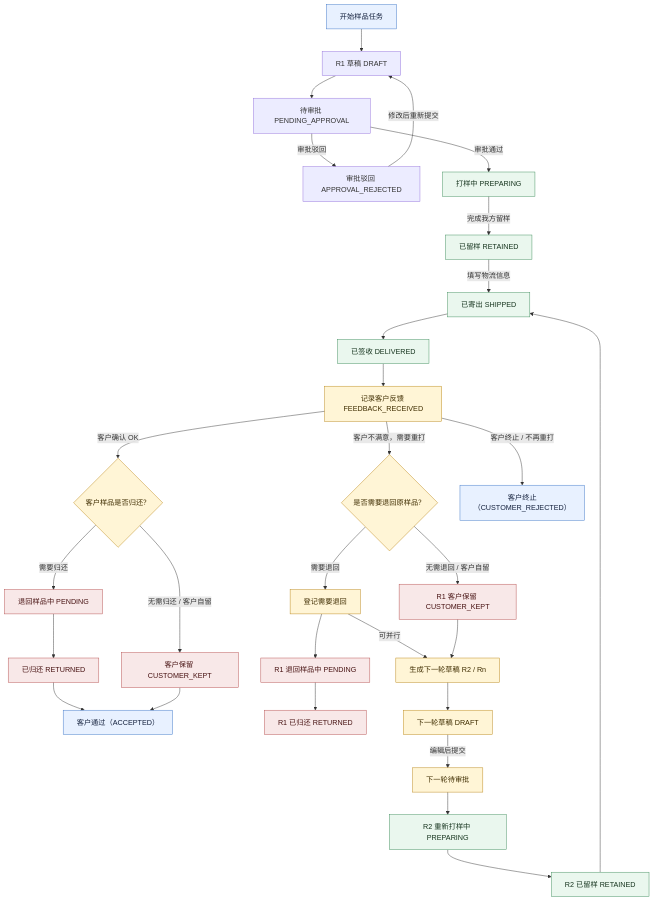
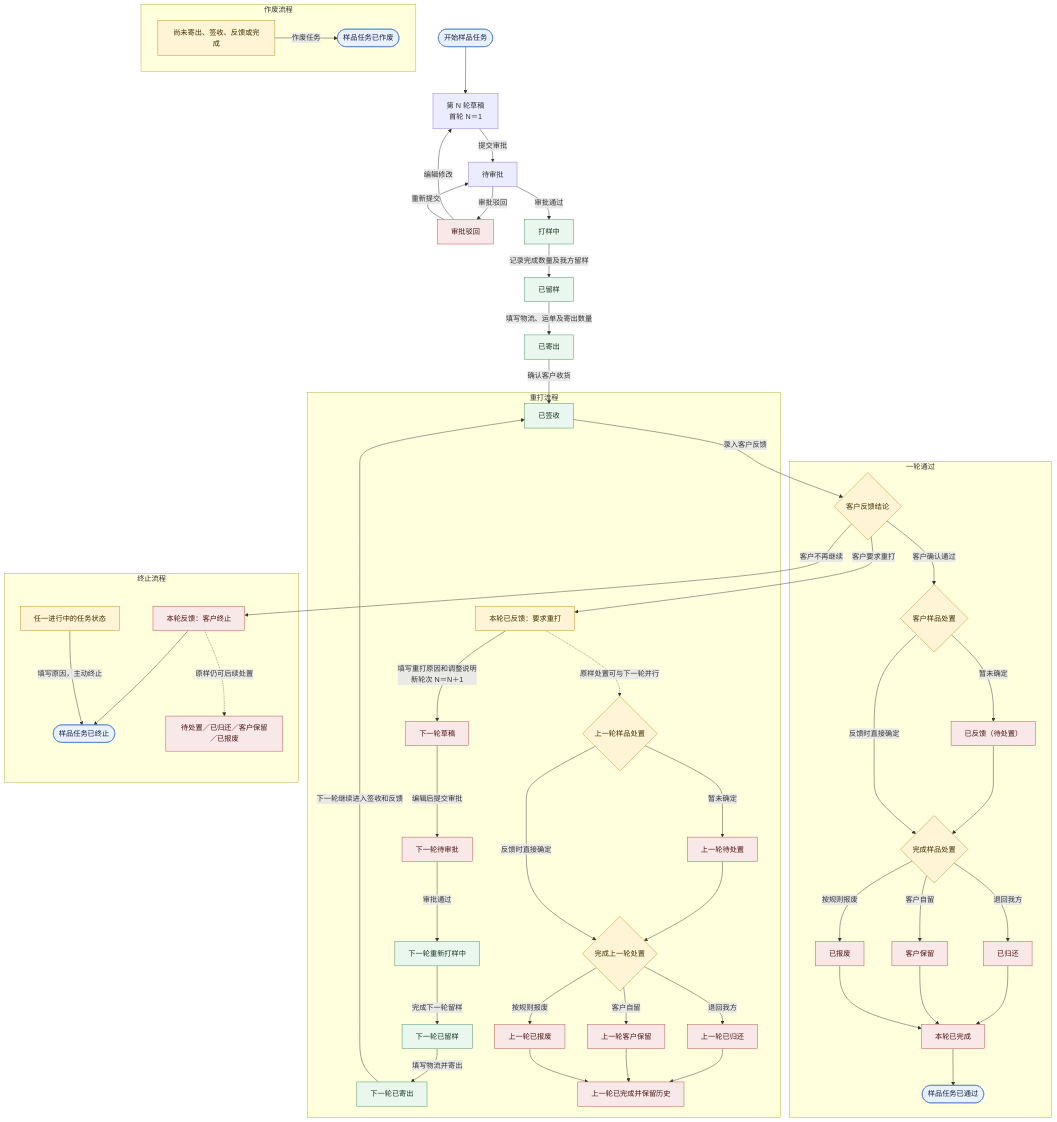
Before and after one commit to yueweiit/CRMforOEM: the diagram in docs/样品多轮打样与费用统计方案.md, drawn with Mermaid. The commit also changed other lines of this file and 8 other files, not shown here.

````diff
--- a/docs/样品多轮打样与费用统计方案.md
+++ b/docs/样品多轮打样与费用统计方案.md
@@ -158,43 +158,68 @@
 ```mermaid
 flowchart TD
-    START["开始样品任务"] --> DRAFT["R1 草稿 DRAFT"]
-    DRAFT --> APPROVAL["待审批 PENDING_APPROVAL"]
-    APPROVAL -->|"审批驳回"| REJECTED["审批驳回 APPROVAL_REJECTED"]
-    REJECTED -->|"修改后重新提交"| DRAFT
-    APPROVAL -->|"审批通过"| PREP["打样中 PREPARING"]
-    PREP -->|"完成我方留样"| RETAIN["已留样 RETAINED"]
-    RETAIN -->|"填写物流信息"| SHIPPED["已寄出 SHIPPED"]
-    SHIPPED --> DELIVERED["已签收 DELIVERED"]
-    DELIVERED --> FEEDBACK["记录客户反馈 FEEDBACK_RECEIVED"]
+    START(["开始样品任务"]) --> DRAFT["第 N 轮草稿<br/>首轮 N＝1"]
+    DRAFT -->|"提交审批"| APPROVAL["待审批"]
+    APPROVAL -->|"审批驳回"| REJECTED["审批驳回"]
+    REJECTED -->|"编辑修改"| DRAFT
+    REJECTED -->|"重新提交"| APPROVAL
+    APPROVAL -->|"审批通过"| PREPARING["打样中"]
+    PREPARING -->|"记录完成数量及我方留样"| RETAINED["已留样"]
+    RETAINED -->|"填写物流、运单及寄出数量"| SHIPPED["已寄出"]
+    SHIPPED -->|"确认客户收货"| DELIVERED["已签收"]
+    DELIVERED -->|"录入客户反馈"| FEEDBACK{"客户反馈结论"}
 
-    FEEDBACK -->|"客户确认 OK"| OKDEC{"客户样品是否归还？"}
-    OKDEC -->|"需要归还"| OKRETURNING["退回样品中 PENDING"]
-    OKRETURNING --> OKRETURNED["已归还 RETURNED"]
-    OKDEC -->|"无需归还 / 客户自留"| OKKEPT["客户保留 CUSTOMER_KEPT"]
-    OKRETURNED --> PASSED["客户通过（ACCEPTED）"]
-    OKKEPT --> PASSED
+    subgraph PASS_FLOW["一轮通过"]
+        FEEDBACK -->|"客户确认通过"| PASS_DISPOSITION{"客户样品处置"}
+        PASS_DISPOSITION -->|"暂未确定"| PASS_PENDING["已反馈（待处置）"]
+        PASS_PENDING --> PASS_ACTION{"完成样品处置"}
+        PASS_DISPOSITION -->|"反馈时直接确定"| PASS_ACTION
+        PASS_ACTION -->|"退回我方"| PASS_RETURNED["已归还"]
+        PASS_ACTION -->|"客户自留"| PASS_KEPT["客户保留"]
+        PASS_ACTION -->|"按规则报废"| PASS_DISPOSED["已报废"]
+        PASS_RETURNED --> PASS_COMPLETED["本轮已完成"]
+        PASS_KEPT --> PASS_COMPLETED
+        PASS_DISPOSED --> PASS_COMPLETED
+        PASS_COMPLETED --> PASSED(["样品任务已通过"])
+    end
 
-    FEEDBACK -->|"客户不满意，需要重打"| RETURNDEC{"是否需要退回原样品？"}
-    RETURNDEC -->|"需要退回"| RETBRANCH["登记需要退回"]
-    RETBRANCH --> RETURNING["R1 退回样品中 PENDING"]
-    RETURNING --> RETURNED["R1 已归还 RETURNED"]
-    RETBRANCH -->|"可并行"| NEXT["生成下一轮草稿 R2 / Rn"]
-    RETURNDEC -->|"无需退回 / 客户自留"| KEPT["R1 客户保留 CUSTOMER_KEPT"]
-    KEPT --> NEXT
-    NEXT --> NEXTDRAFT["下一轮草稿 DRAFT"]
-    NEXTDRAFT -->|"编辑后提交"| NEXTAPPROVAL["下一轮待审批"]
-    NEXTAPPROVAL --> PREP2["R2 重新打样中 PREPARING"]
-    PREP2 --> RETAIN2["R2 已留样 RETAINED"]
-    RETAIN2 --> SHIPPED
+    subgraph RESAMPLE_FLOW["重打流程"]
+        FEEDBACK -->|"客户要求重打"| RESAMPLE["本轮已反馈：要求重打"]
+        RESAMPLE -->|"填写重打原因和调整说明<br/>新轮次 N＝N＋1"| NEXT_DRAFT["下一轮草稿"]
+        NEXT_DRAFT -->|"编辑后提交审批"| NEXT_APPROVAL["下一轮待审批"]
+        NEXT_APPROVAL -->|"审批通过"| NEXT_PREPARING["下一轮重新打样中"]
+        NEXT_PREPARING -->|"完成下一轮留样"| NEXT_RETAINED["下一轮已留样"]
+        NEXT_RETAINED -->|"填写物流并寄出"| NEXT_SHIPPED["下一轮已寄出"]
+        NEXT_SHIPPED -->|"下一轮继续进入签收和反馈"| DELIVERED
 
-    FEEDBACK -->|"客户终止 / 不再重打"| TERMINATED["客户终止（CUSTOMER_REJECTED）"]
+        RESAMPLE -.->|"原样处置可与下一轮并行"| OLD_DISPOSITION{"上一轮样品处置"}
+        OLD_DISPOSITION -->|"暂未确定"| OLD_PENDING["上一轮待处置"]
+        OLD_PENDING --> OLD_ACTION{"完成上一轮处置"}
+        OLD_DISPOSITION -->|"反馈时直接确定"| OLD_ACTION
+        OLD_ACTION -->|"退回我方"| OLD_RETURNED["上一轮已归还"]
+        OLD_ACTION -->|"客户自留"| OLD_KEPT["上一轮客户保留"]
+        OLD_ACTION -->|"按规则报废"| OLD_DISPOSED["上一轮已报废"]
+        OLD_RETURNED --> OLD_COMPLETED["上一轮已完成并保留历史"]
+        OLD_KEPT --> OLD_COMPLETED
+        OLD_DISPOSED --> OLD_COMPLETED
+    end
 
-    classDef task fill:#e8f1ff,stroke:#3973c6,color:#14213d;
+    subgraph TERMINATION_FLOW["终止流程"]
+        FEEDBACK -->|"客户不再继续"| CUSTOMER_REJECTED["本轮反馈：客户终止"]
+        CUSTOMER_REJECTED --> TERMINATED(["样品任务已终止"])
+        CUSTOMER_REJECTED -.->|"原样仍可后续处置"| TERMINATION_DISPOSITION["待处置／已归还／客户保留／已报废"]
+        ACTIVE["任一进行中的任务状态"] -->|"填写原因，主动终止"| TERMINATED
+    end
+
+    subgraph VOID_FLOW["作废流程"]
+        VOIDABLE["尚未寄出、签收、反馈或完成"] -->|"作废任务"| VOIDED(["样品任务已作废"])
+    end
+
+    classDef startEnd fill:#e8f1ff,stroke:#3973c6,color:#14213d;
     classDef active fill:#eaf7ee,stroke:#3c8c5a,color:#17351f;
     classDef decision fill:#fff5d6,stroke:#b98413,color:#3f2d00;
     classDef terminal fill:#f8e8e8,stroke:#b44b4b,color:#481313;
-    class START,PASSED,TERMINATED task;
-    class PREP,RETAIN,SHIPPED,DELIVERED,PREP2,RETAIN2 active;
-    class FEEDBACK,OKDEC,RETURNDEC,RETBRANCH,NEXT,NEXTDRAFT,NEXTAPPROVAL decision;
-    class OKRETURNING,OKRETURNED,OKKEPT,RETURNING,RETURNED,KEPT terminal;
+    class START,PASSED,TERMINATED,VOIDED startEnd;
+    class PREPARING,RETAINED,SHIPPED,DELIVERED,NEXT_PREPARING,NEXT_RETAINED,NEXT_SHIPPED active;
+    class FEEDBACK,PASS_DISPOSITION,PASS_ACTION,RESAMPLE,OLD_DISPOSITION,OLD_ACTION,ACTIVE,VOIDABLE decision;
+    class REJECTED,PASS_PENDING,PASS_RETURNED,PASS_KEPT,PASS_DISPOSED,PASS_COMPLETED,NEXT_DRAFT,NEXT_APPROVAL,OLD_PENDING,OLD_RETURNED,OLD_KEPT,OLD_DISPOSED,OLD_COMPLETED,CUSTOMER_REJECTED,TERMINATION_DISPOSITION terminal;
 ```
````
